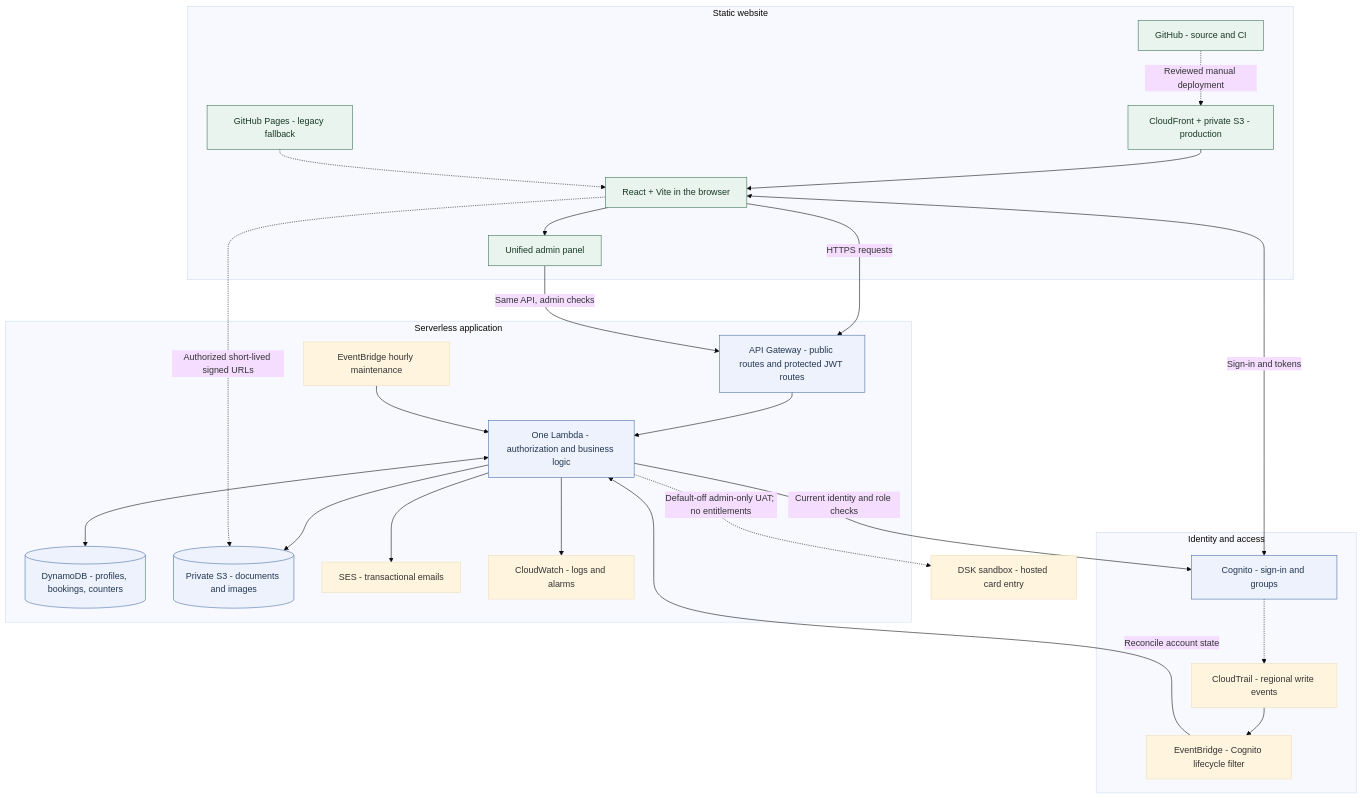
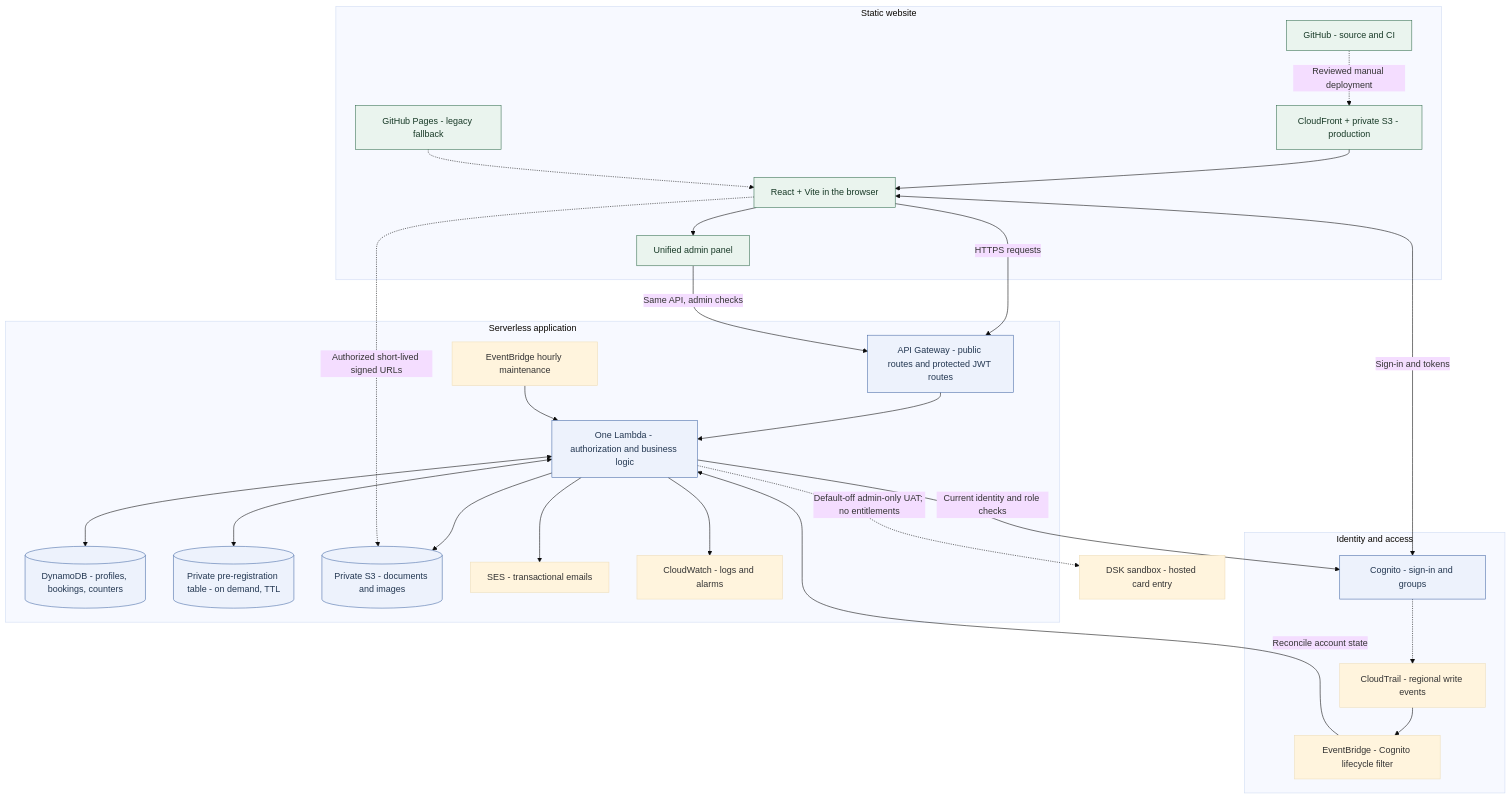
The diagram in README.md (Bobsnadenica/growpoint.bg), drawn with Mermaid (base theme) before and after one commit. The commit also changed other lines of this file and 55 other files, not shown here.

````diff
--- a/README.md
+++ b/README.md
@@ -77,41 +87,43 @@
 ```mermaid
 flowchart TB
   subgraph Web[Static website]
     GH[GitHub - source and CI] -.->|Reviewed manual deployment| CF[CloudFront + private S3 - production]
     CF --> SPA[React + Vite in the browser]
     LEGACY[GitHub Pages - legacy fallback] -.-> SPA
     SPA --> ADMIN[Unified admin panel]
   end
   subgraph Identity[Identity and access]
     C[Cognito - sign-in and groups]
     CT[CloudTrail - regional write events]
     EV[EventBridge - Cognito lifecycle filter]
     C -.-> CT --> EV
   end
   subgraph Backend[Serverless application]
     API[API Gateway - public routes and protected JWT routes]
     L[One Lambda - authorization and business logic]
     D[(DynamoDB - profiles, bookings, counters)]
+    PR[(Private pre-registration table - on demand, TTL)]
     S[(Private S3 - documents and images)]
     E[SES - transactional emails]
     JOB[EventBridge hourly maintenance]
     CW[CloudWatch - logs and alarms]
     API --> L
     L <--> D
+    L <--> PR
     L --> S
     L --> E
     L --> CW
     JOB --> L
   end
   SPA <-->|Sign-in and tokens| C
   SPA -->|HTTPS requests| API
   ADMIN -->|Same API, admin checks| API
   L -->|Current identity and role checks| C
   EV -->|Reconcile account state| L
   SPA -.->|Authorized short-lived signed URLs| S
   L -.->|Default-off admin-only UAT; no entitlements| BANK[DSK sandbox - hosted card entry]
   classDef static fill:#eaf4ee,stroke:#387052,color:#173926
   classDef secure fill:#edf2fc,stroke:#496ca8,color:#233751
   class SPA,GH,CF,LEGACY,ADMIN static
-  class C,API,L,D,S secure
+  class C,API,L,D,PR,S secure
 ```
````
